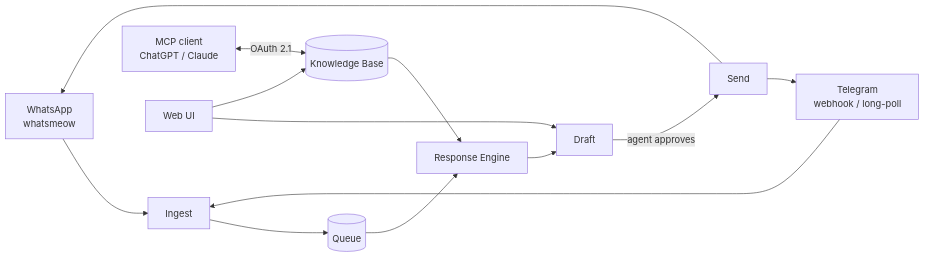
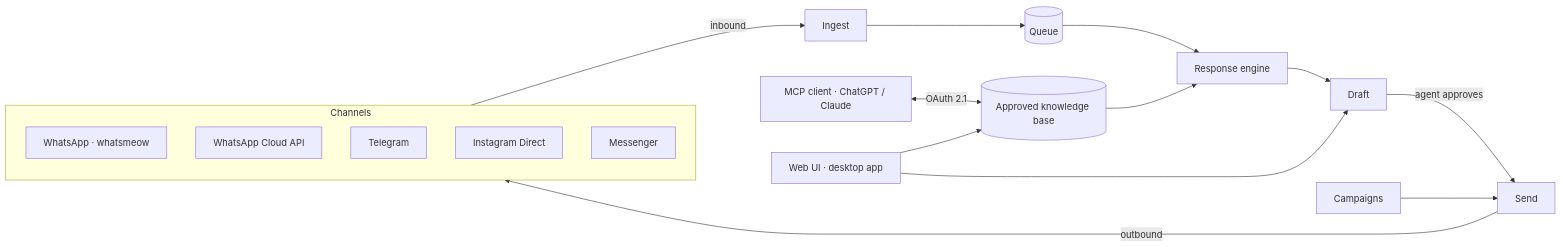
The diagram in README.md (yerassyldanay/xchats), drawn with Mermaid before and after one commit. The commit also changed other lines of this file and 7 other files, not shown here.

````diff
--- a/README.md
+++ b/README.md
@@ -98,15 +186,23 @@
 ```mermaid
 flowchart LR
-    WA[WhatsApp\nwhatsmeow] --> ING[Ingest]
-    TG[Telegram\nwebhook / long-poll] --> ING
-    ING --> Q[(Queue)]
-    Q --> ENG[Response Engine]
-    KB[(Knowledge Base)] --> ENG
-    ENG --> DR[Draft]
-    DR -->|agent approves| SEND[Send]
-    SEND --> WA
-    SEND --> TG
-    MCP[MCP client\nChatGPT / Claude] <-->|OAuth 2.1| KB
-    UI[Web UI] --> DR
+    subgraph CH["Channels"]
+        WA["WhatsApp · whatsmeow"]
+        WAC["WhatsApp Cloud API"]
+        TG["Telegram"]
+        IG["Instagram Direct"]
+        MS["Messenger"]
+    end
+
+    CH -->|inbound| ING["Ingest"]
+    ING --> Q[("Queue")]
+    Q --> ENG["Response engine"]
+    KB[("Approved knowledge base")] --> ENG
+    ENG --> DR["Draft"]
+    DR -->|agent approves| SEND["Send"]
+    CMP["Campaigns"] --> SEND
+    SEND -->|outbound| CH
+
+    MCP["MCP client · ChatGPT / Claude"] <-->|"OAuth 2.1"| KB
+    UI["Web UI · desktop app"] --> DR
     UI --> KB
 ```
````
